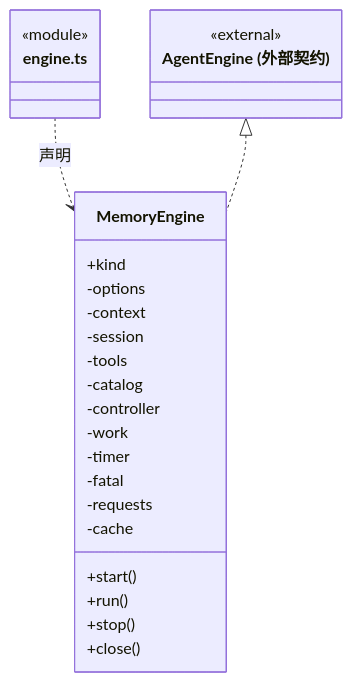
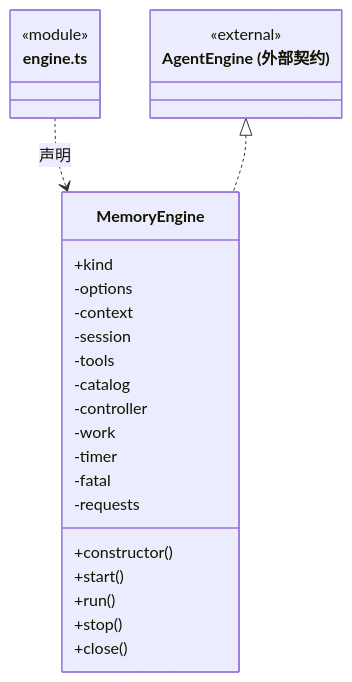
Before and after one commit to nan023062/cbim: the first of 7 diagrams in src/logic/execution/engines/memory/ARCHITECTURE.md, drawn with Mermaid. The commit also changed other lines of this file and 139 other files, not shown here.

Commit message:
docs(architecture): add source reading paths and complete file inventories

````diff
--- a/src/logic/execution/engines/memory/ARCHITECTURE.md
+++ b/src/logic/execution/engines/memory/ARCHITECTURE.md
@@ -24,29 +28,29 @@
 ```mermaid
 classDiagram
 class N_src_logic_execution_engines_memory_engine_ts["engine.ts"] {
   <<module>>
 }
 class N_src_logic_execution_engines_memory_engine_ts_MemoryEngine["MemoryEngine"] {
   +kind
+  +constructor()
   +start()
   +run()
   +stop()
   +close()
   -options
   -context
   -session
   -tools
   -catalog
   -controller
   -work
   -timer
   -fatal
   -requests
-  -cache
 }
 N_src_logic_execution_engines_memory_engine_ts ..> N_src_logic_execution_engines_memory_engine_ts_MemoryEngine : 声明
 class N_src_logic_execution_engines_memory_engine_ts_external_AgentEngine["AgentEngine (外部契约)"] {
   <<external>>
 }
 N_src_logic_execution_engines_memory_engine_ts_external_AgentEngine <|.. N_src_logic_execution_engines_memory_engine_ts_MemoryEngine
 ```
````
